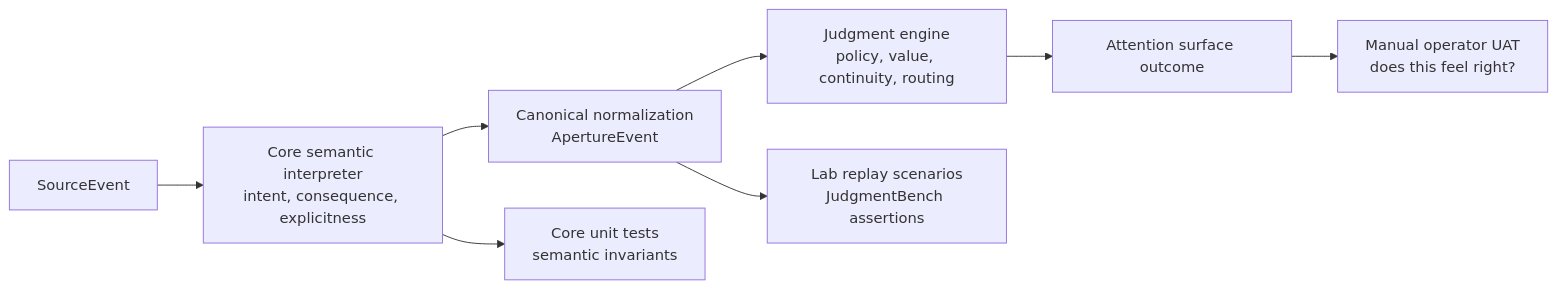
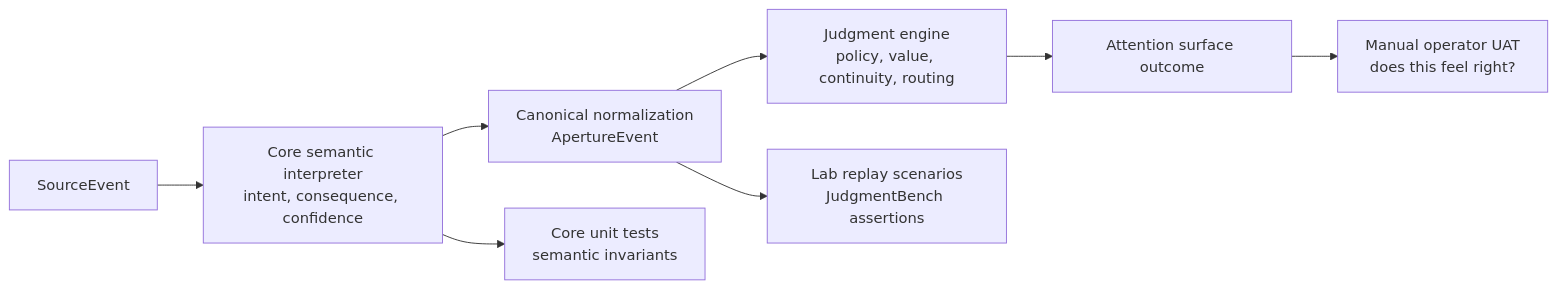
One commit to tomismeta/aperture changed the diagram in docs/lab/semantic-robustness-test-plan.md. Above: the diagram before and after it, drawn with Mermaid. The commit also changed other lines of this file and 12 other files, not shown here.

````diff
--- a/docs/lab/semantic-robustness-test-plan.md
+++ b/docs/lab/semantic-robustness-test-plan.md
@@ -47,11 +47,11 @@
 ```mermaid
 flowchart LR
-    A["SourceEvent"] --> B["Core semantic interpreter<br/>intent, consequence, explicitness"]
+    A["SourceEvent"] --> B["Core semantic interpreter<br/>intent, consequence, confidence"]
     B --> C["Canonical normalization<br/>ApertureEvent"]
     C --> D["Judgment engine<br/>policy, value, continuity, routing"]
     D --> E["Attention surface outcome"]
 
     B --> F["Core unit tests<br/>semantic invariants"]
     C --> G["Lab replay scenarios<br/>JudgmentBench assertions"]
     E --> H["Manual operator UAT<br/>does this feel right?"]
 ```
````
